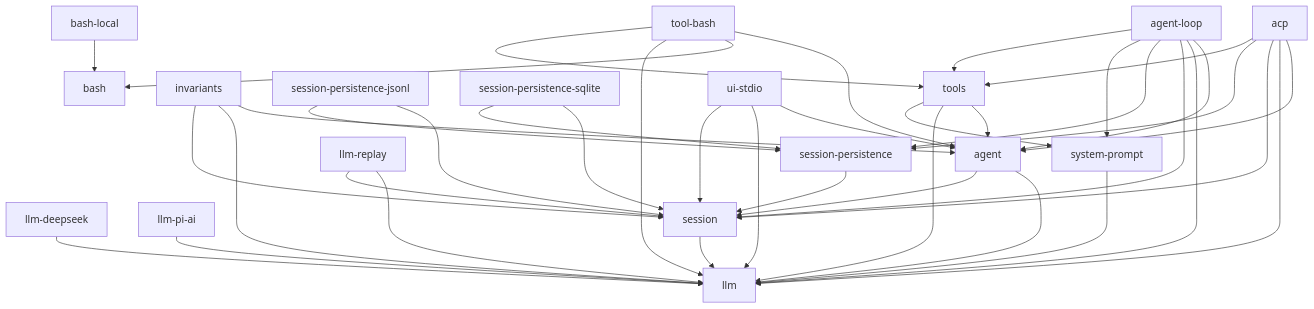
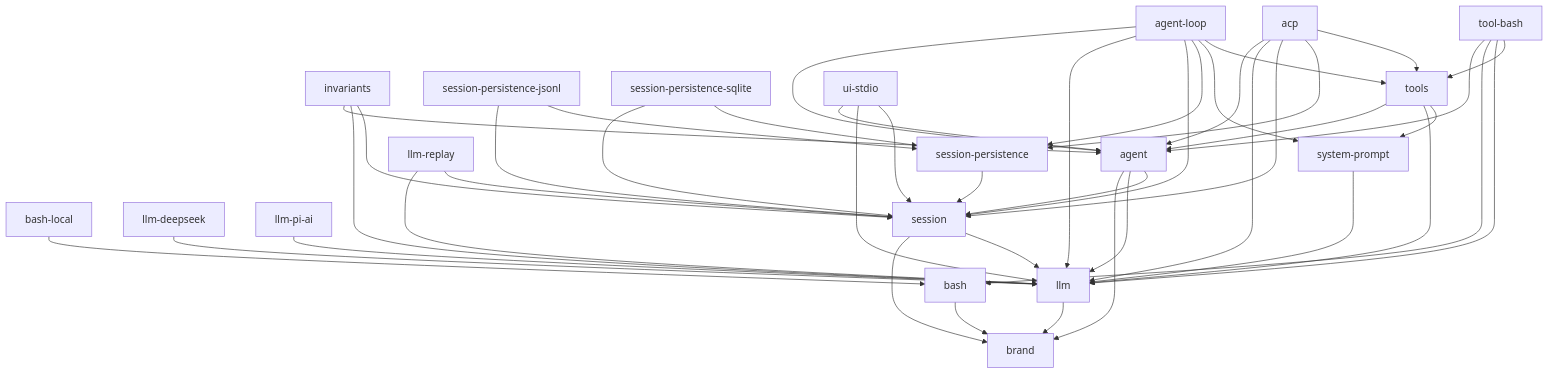
Before and after one commit to eru123/coco-harness: the diagram in docs/module-graph.md, drawn with Mermaid. The commit also changed other lines of this file and 76 other files, not shown here.

````diff
--- a/docs/module-graph.md
+++ b/docs/module-graph.md
@@ -8,41 +8,45 @@
 ```mermaid
 graph TD
+  bash --> brand
+  llm --> brand
   bash-local --> bash
   llm-deepseek --> llm
   llm-pi-ai --> llm
+  session --> brand
   session --> llm
   system-prompt --> llm
+  agent --> brand
   agent --> llm
   agent --> session
   llm-replay --> llm
   llm-replay --> session
   session-persistence --> session
   invariants --> agent
   invariants --> llm
   invariants --> session
   session-persistence-jsonl --> session
   session-persistence-jsonl --> session-persistence
   session-persistence-sqlite --> session
   session-persistence-sqlite --> session-persistence
   tools --> agent
   tools --> llm
   tools --> system-prompt
   ui-stdio --> agent
   ui-stdio --> llm
   ui-stdio --> session
   acp --> agent
   acp --> llm
   acp --> session
   acp --> session-persistence
   acp --> tools
   agent-loop --> agent
   agent-loop --> llm
   agent-loop --> session
   agent-loop --> session-persistence
   agent-loop --> system-prompt
   agent-loop --> tools
   tool-bash --> agent
   tool-bash --> bash
   tool-bash --> llm
   tool-bash --> tools
 ```
````
